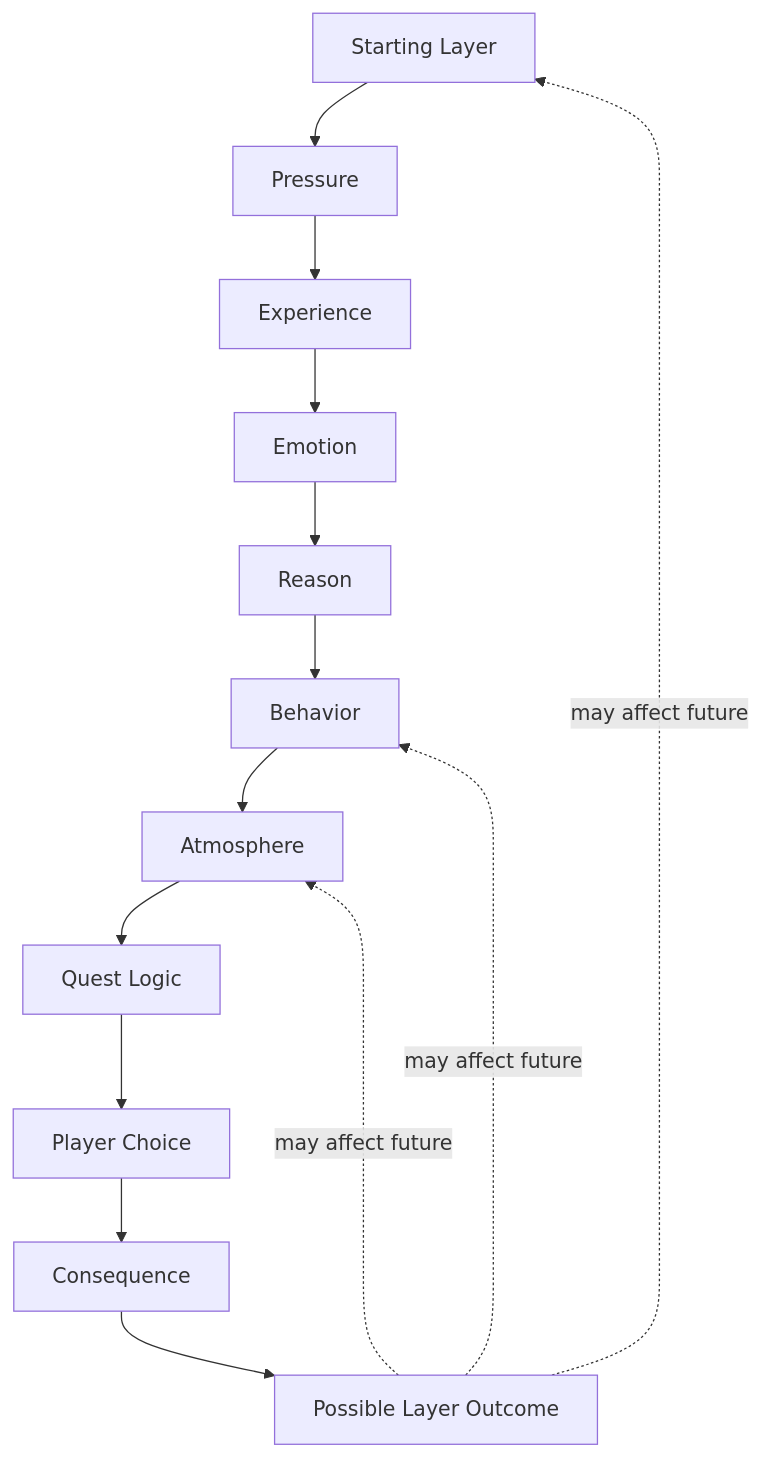
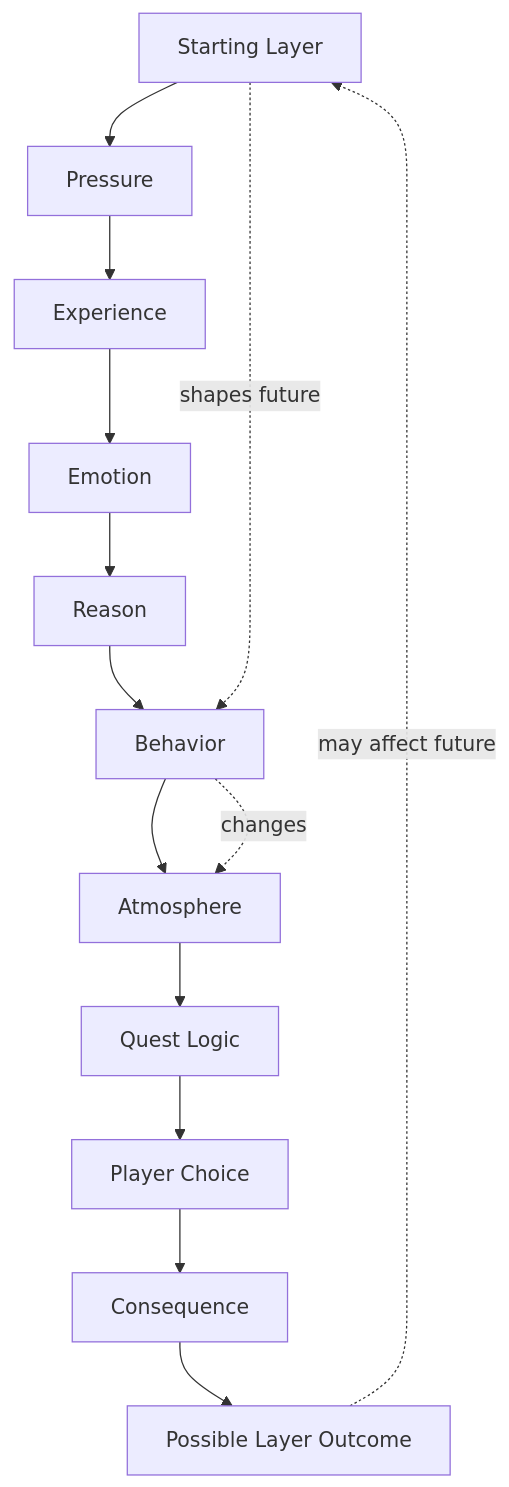
Before and after one commit to VediRago/Fragments: the diagram in README.md, drawn with Mermaid. The commit also changed other lines of this file, not shown here.

Commit message:
Clarify layer outcome loop in README

````diff
--- a/README.md
+++ b/README.md
@@ -48,28 +48,28 @@
 ```mermaid
 flowchart TD
     A[Starting Layer]
     B[Pressure]
     C[Experience]
     D[Emotion]
     E[Reason]
     F[Behavior]
     G[Atmosphere]
     H[Quest Logic]
     I[Player Choice]
     J[Consequence]
     K[Possible Layer Outcome]
 
     A --> B
     B --> C
     C --> D
     D --> E
     E --> F
     F --> G
     G --> H
     H --> I
     I --> J
     J --> K
     K -. may affect future .-> A
-    K -. may affect future .-> F
-    K -. may affect future .-> G
+    A -. shapes future .-> F
+    F -. changes .-> G
 ```
````
